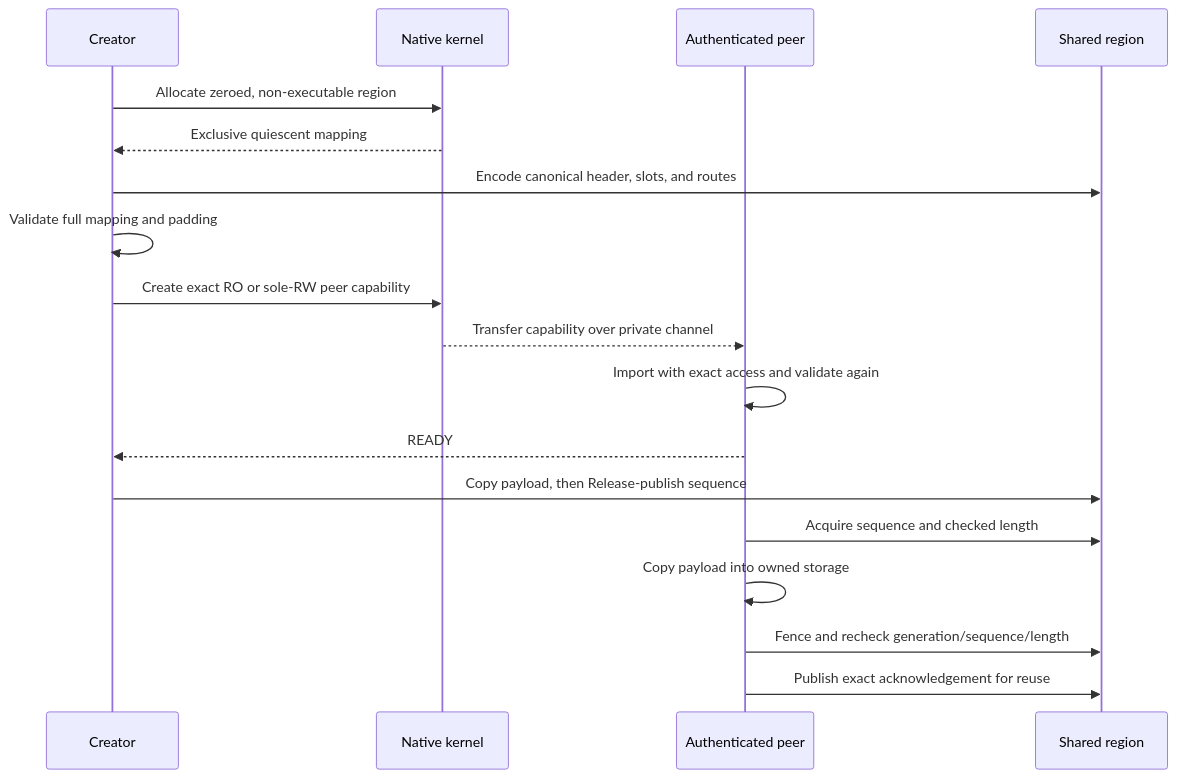
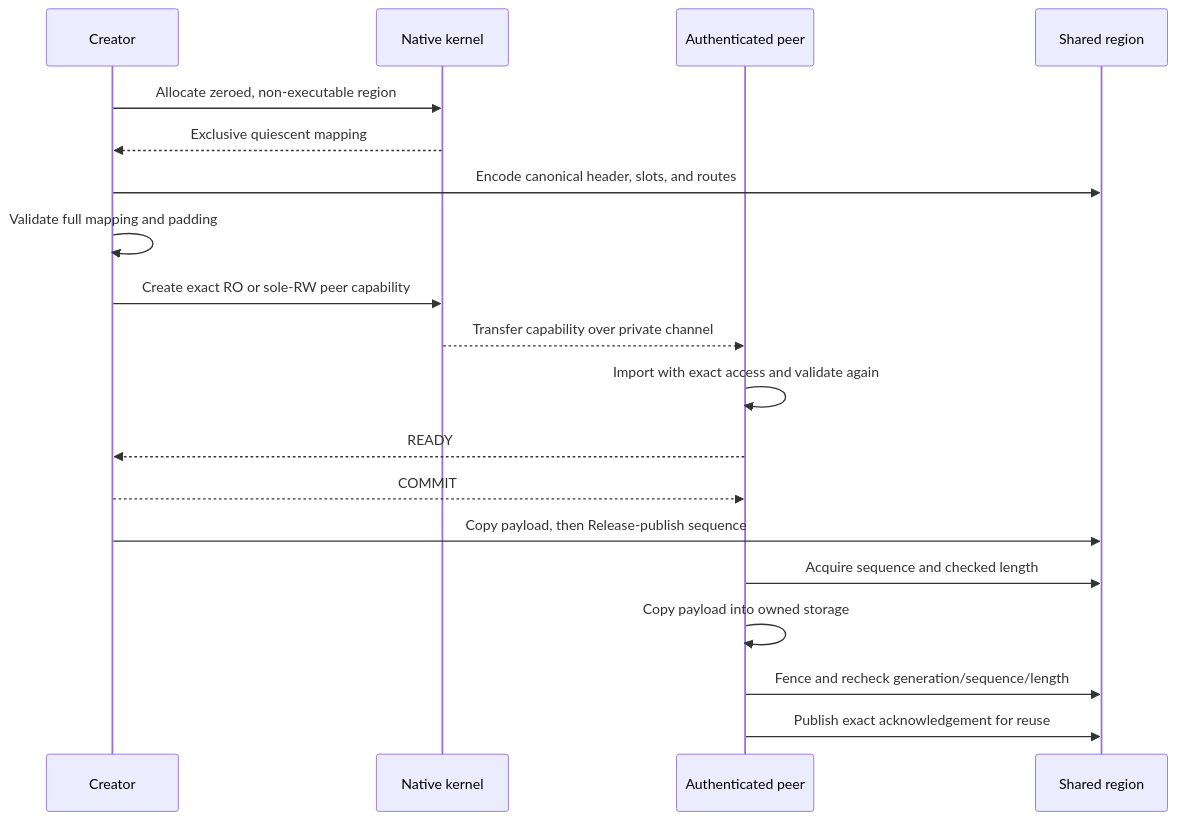
Before and after one commit to ro-ag/native-ipc-rs: the second of 2 diagrams in README.md, drawn with Mermaid. The commit also changed other lines of this file and 25 other files, not shown here.

````diff
--- a/README.md
+++ b/README.md
@@ -79,21 +86,22 @@
 ```mermaid
 sequenceDiagram
     participant C as Creator
     participant OS as Native kernel
     participant P as Authenticated peer
     participant R as Shared region
 
     C->>OS: Allocate zeroed, non-executable region
     OS-->>C: Exclusive quiescent mapping
     C->>R: Encode canonical header, slots, and routes
     C->>C: Validate full mapping and padding
     C->>OS: Create exact RO or sole-RW peer capability
     OS-->>P: Transfer capability over private channel
     P->>P: Import with exact access and validate again
     P-->>C: READY
+    C-->>P: COMMIT
     C->>R: Copy payload, then Release-publish sequence
     P->>R: Acquire sequence and checked length
     P->>P: Copy payload into owned storage
     P->>R: Fence and recheck generation/sequence/length
     P->>R: Publish exact acknowledgement for reuse
 ```
````
